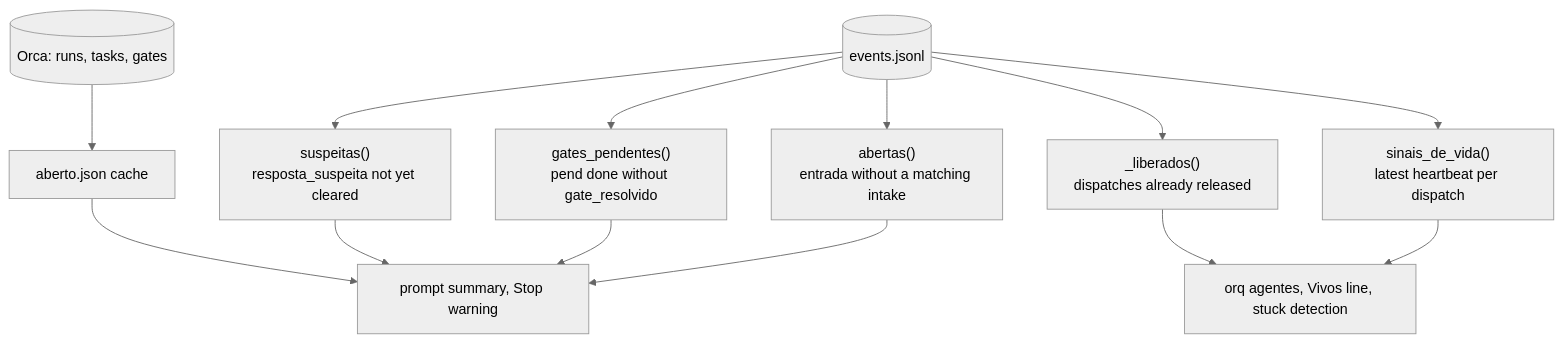
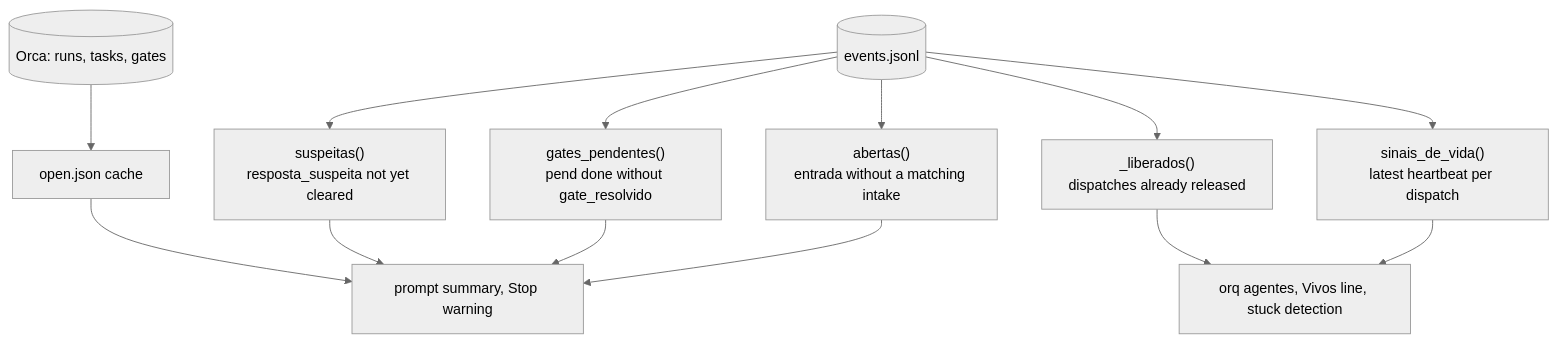
The first of 4 diagrams in docs/design.md (leodiegoo/orq), drawn with Mermaid (neutral theme) before and after one commit. The commit also changed other lines of this file and 11 other files, not shown here.

````diff
--- a/docs/design.md
+++ b/docs/design.md
@@ -84,15 +84,15 @@
 ```mermaid
 flowchart TD
     E[("events.jsonl")] --> A["abertas()<br/>entrada without a matching intake"]
     E --> S["sinais_de_vida()<br/>latest heartbeat per dispatch"]
     E --> G["gates_pendentes()<br/>pend done without gate_resolvido"]
     E --> Q["suspeitas()<br/>resposta_suspeita not yet cleared"]
     E --> L["_liberados()<br/>dispatches already released"]
     A --> R["prompt summary, Stop warning"]
     S --> V["orq agentes, Vivos line, stuck detection"]
     G --> R
     Q --> R
     L --> V
-    O[("Orca: runs, tasks, gates")] --> C["aberto.json cache"]
+    O[("Orca: runs, tasks, gates")] --> C["open.json cache"]
     C --> R
 ```
````
